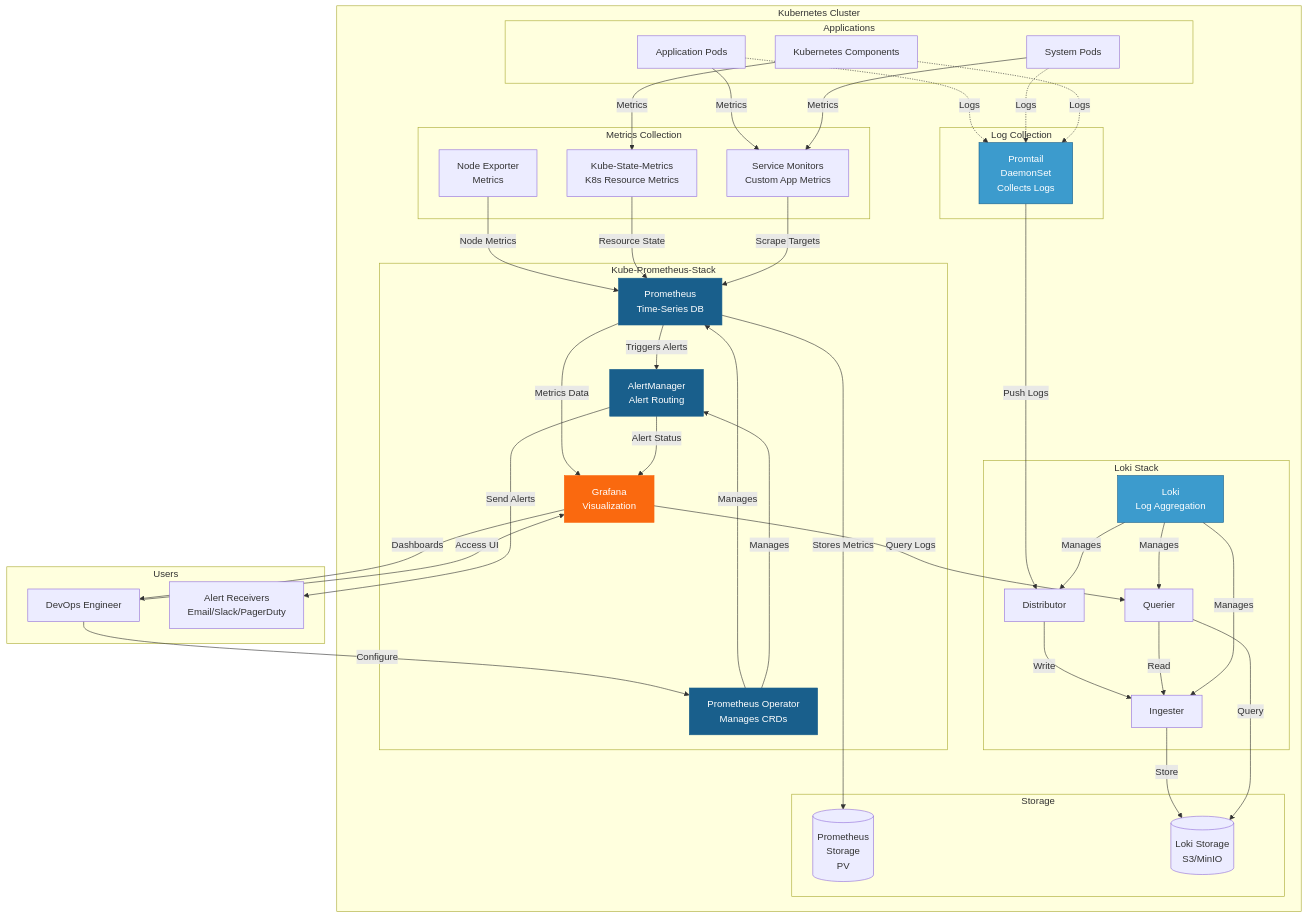
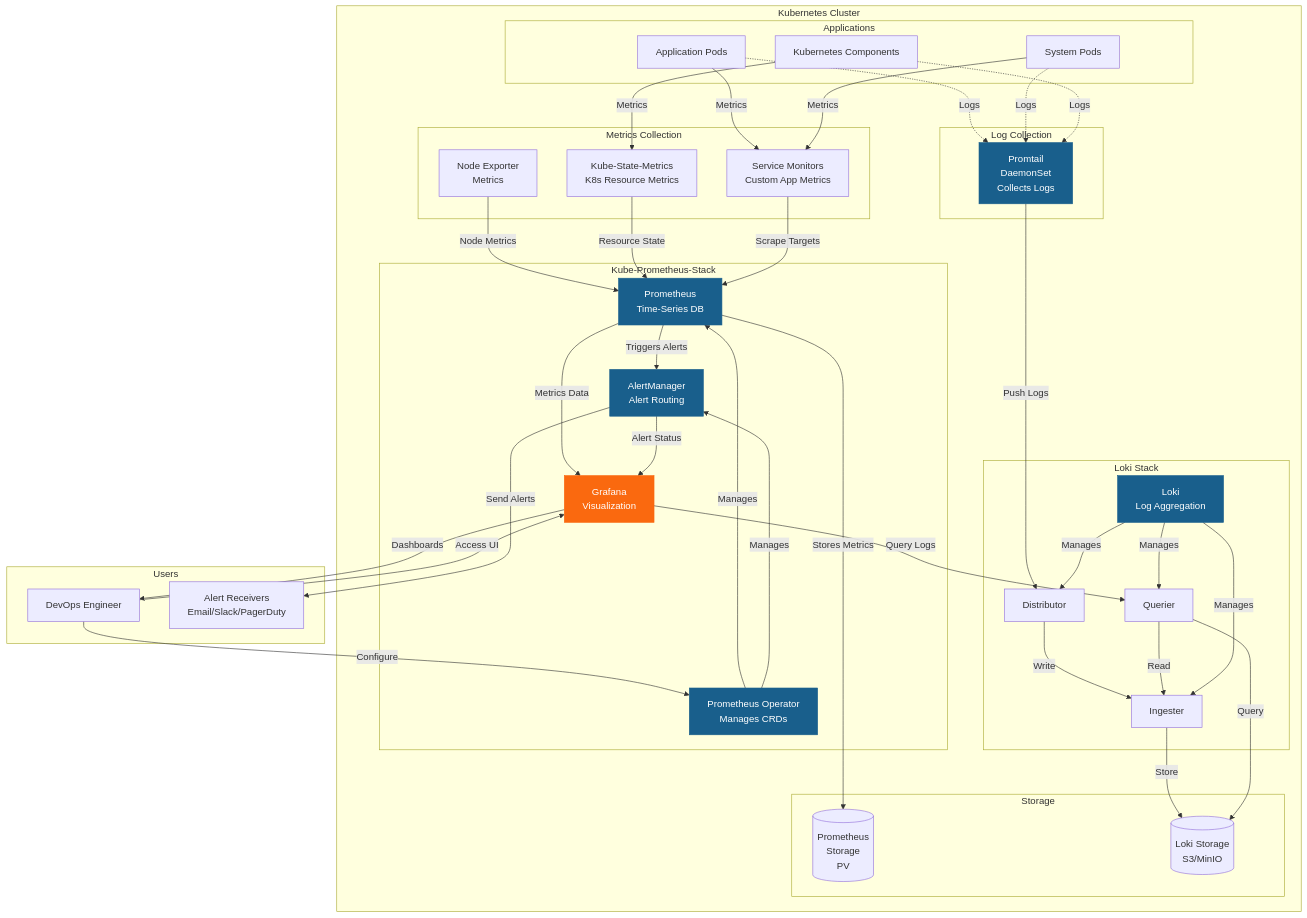
One commit to safespring/docs changed the diagram in content/kubernetes/observability.md. Above: the diagram before and after it, drawn with Mermaid.

````diff
--- a/content/kubernetes/observability.md
+++ b/content/kubernetes/observability.md
@@ -108,10 +108,10 @@
     USER -->|Configure| PO
     USER -->|Access UI| GRAFANA
     
-    style PROM fill:#195F8C,color:#fff,stroke:#195F8C
-    style GRAFANA fill:#FA690F,color:#fff,stroke:#FA690F
-    style LOKI fill:#3C9BCD,color:#fff,stroke:#195F8C
-    style PROMTAIL fill:#3C9BCD,color:#fff,stroke:#195F8C
-    style PO fill:#195F8C,color:#fff,stroke:#195F8C
-    style AM fill:#195F8C,color:#fff,stroke:#195F8C
+    style PROM fill:#195F8C,color:white,stroke:#195F8C
+    style GRAFANA fill:#FA690F,color:white,stroke:#FA690F
+    style LOKI fill:#195F8C,color:white,stroke:#195F8C
+    style PROMTAIL fill:#195F8C,color:white,stroke:#195F8C
+    style PO fill:#195F8C,color:white,stroke:#195F8C
+    style AM fill:#195F8C,color:white,stroke:#195F8C
 ```
````
